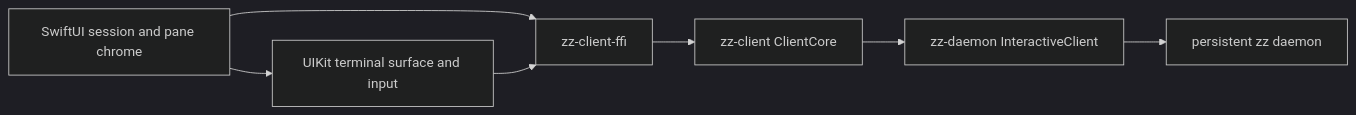
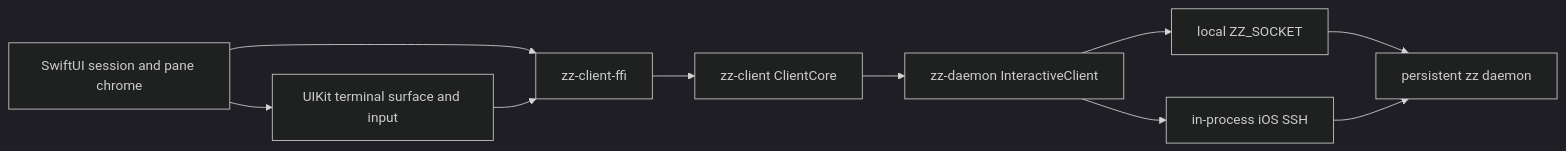
Before and after one commit to autistic-computer/zebrilus: the diagram in knowledge/designs/ios-client.md, drawn with Mermaid (dark theme). The commit also changed other lines of this file and 29 other files, not shown here.

````diff
--- a/knowledge/designs/ios-client.md
+++ b/knowledge/designs/ios-client.md
@@ -96,9 +161,12 @@
 ```mermaid
 flowchart LR
     SwiftUI["SwiftUI session and pane chrome"] --> UIKit["UIKit terminal surface and input"]
     SwiftUI --> FFI["zz-client-ffi"]
     UIKit --> FFI
     FFI --> Core["zz-client ClientCore"]
     Core --> Transport["zz-daemon InteractiveClient"]
-    Transport --> Daemon["persistent zz daemon"]
+    Transport --> Local["local ZZ_SOCKET"]
+    Transport --> SSH["in-process iOS SSH"]
+    Local --> Daemon["persistent zz daemon"]
+    SSH --> Daemon
 ```
````
